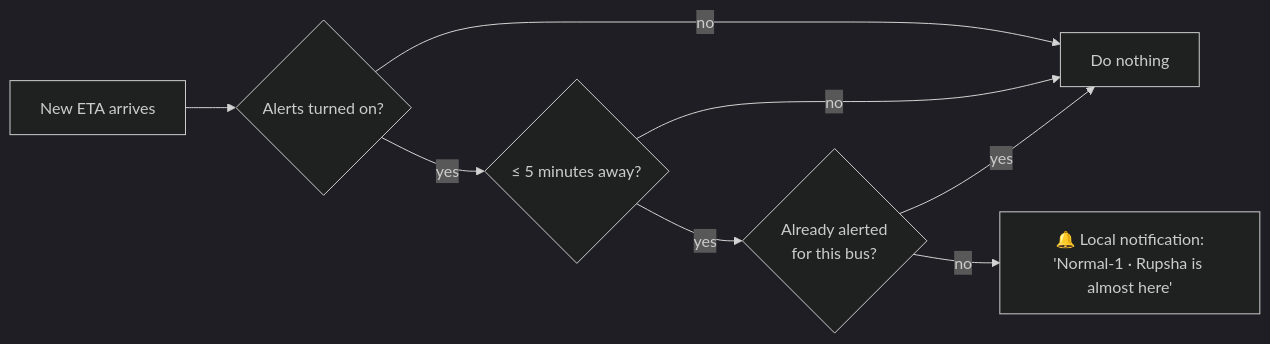
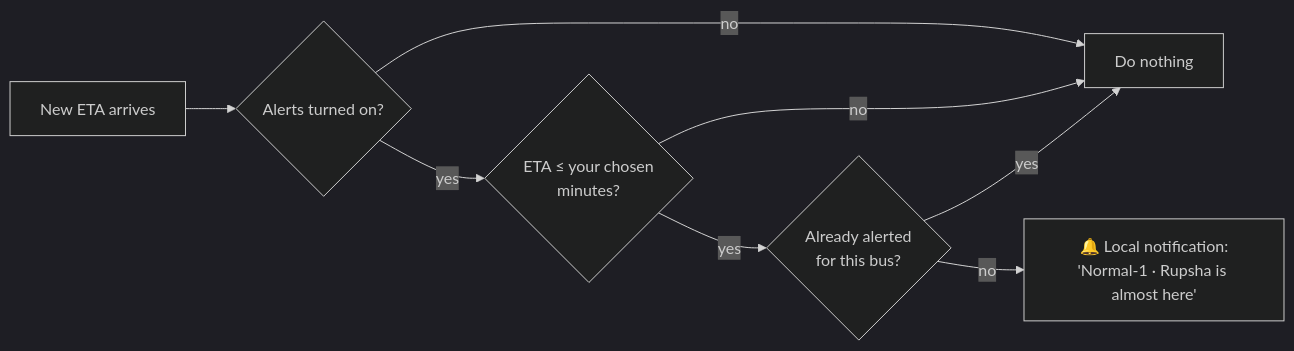
One commit to shadowfax-505/KUETBusLive changed diagram 11 of 19 in README.md. Above: the diagram before and after it, drawn with Mermaid (dark theme). The commit also changed other lines of this file and 2 other files, not shown here.

````diff
--- a/README.md
+++ b/README.md
@@ -529,10 +529,10 @@
 ```mermaid
 flowchart LR
     NEW["New ETA arrives"] --> ON{"Alerts turned on?"}
     ON -->|no| SKIP["Do nothing"]
-    ON -->|yes| CLOSE{"≤ 5 minutes away?"}
+    ON -->|yes| CLOSE{"ETA ≤ your chosen<br/>minutes?"}
     CLOSE -->|no| SKIP
     CLOSE -->|yes| SENT{"Already alerted<br/>for this bus?"}
     SENT -->|yes| SKIP
     SENT -->|no| FIRE["🔔 Local notification:<br/>'Normal-1 · Rupsha is almost here'"]
 ```
````
